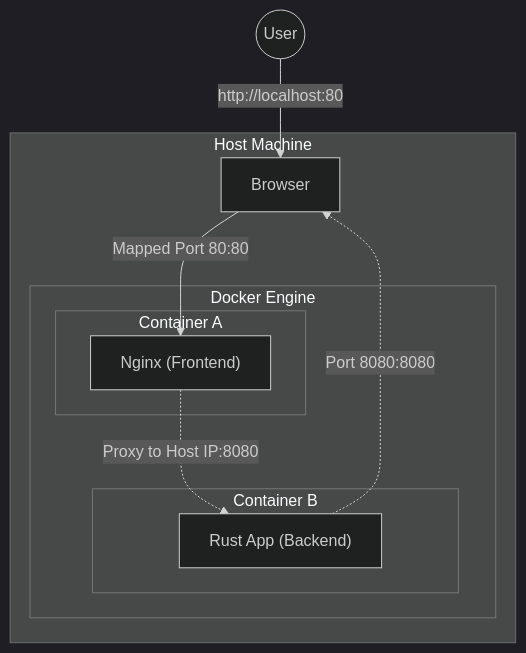
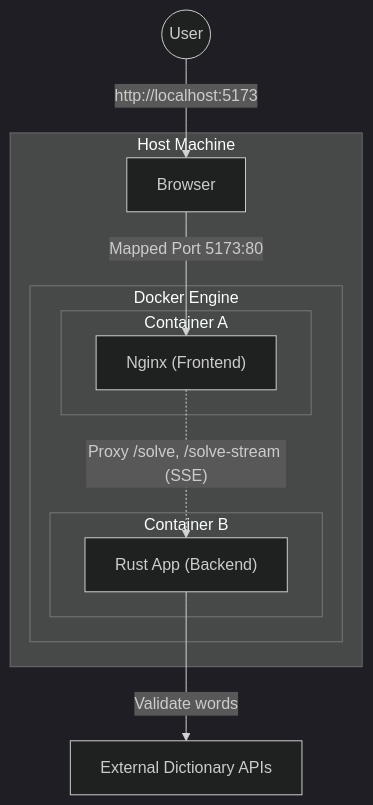
The diagram in architecture/docker.mmd (wkusnierczyk/spelling-bee-solver), drawn with Mermaid (dark theme) before and after one commit. The commit also changed 6 other files, not shown here.

First line of the commit message:
Update architecture diagrams and nginx configs for SSE

```diff
--- a/architecture/docker.mmd
+++ b/architecture/docker.mmd
@@ -1,21 +1,23 @@
 graph TD
     User((User))
-    
+
     subgraph "Host Machine"
         Browser[Browser]
-        
+
         subgraph "Docker Engine"
             subgraph "Container A"
                 Nginx["Nginx (Frontend)"]
             end
-            
+
             subgraph "Container B"
                 Rust["Rust App (Backend)"]
             end
         end
     end
 
-    User -->|http://localhost:80| Browser
-    Browser -->|Mapped Port 80:80| Nginx
-    Nginx -.->|Proxy to Host IP:8080| Rust
-    Rust -.->|Port 8080:8080| Browser
+    ExternalAPIs["External Dictionary APIs"]
+
+    User -->|http://localhost:5173| Browser
+    Browser -->|"Mapped Port 5173:80"| Nginx
+    Nginx -.->|"Proxy /solve, /solve-stream (SSE)"| Rust
+    Rust -->|Validate words| ExternalAPIs
```
